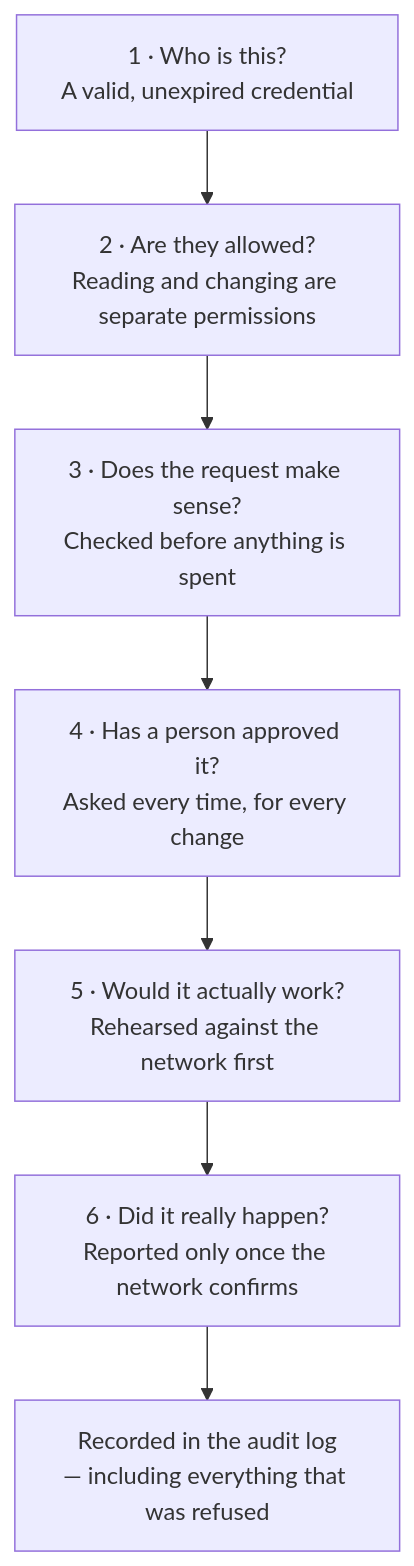
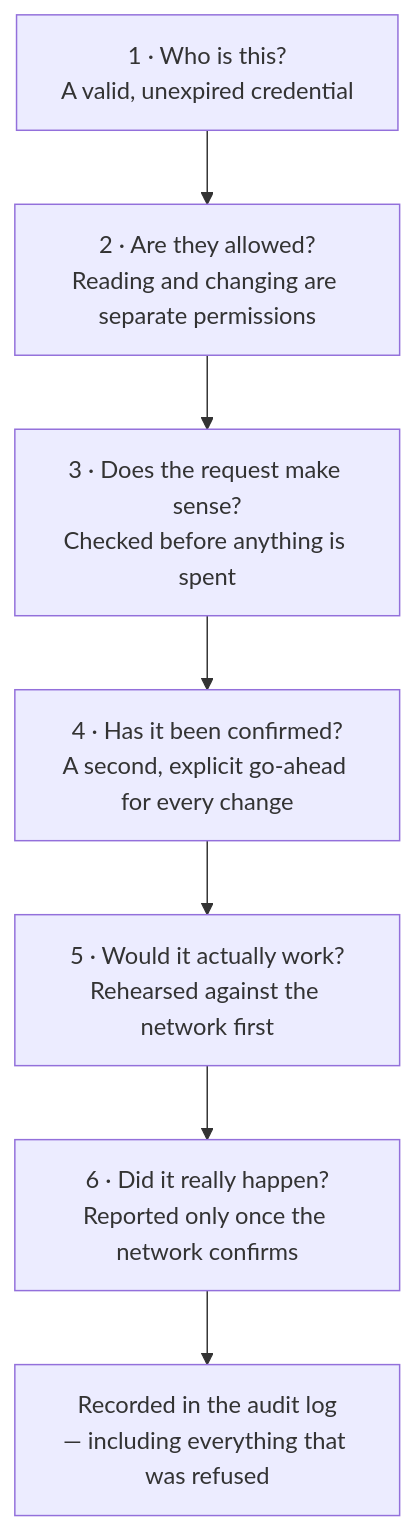
The diagram in docs/FOR-STAKEHOLDERS.md (galshohat/fb-pse-assignment), drawn with Mermaid before and after one commit. The commit also changed other lines of this file and 2 other files, not shown here.

````diff
--- a/docs/FOR-STAKEHOLDERS.md
+++ b/docs/FOR-STAKEHOLDERS.md
@@ -52,10 +59,10 @@
 ```mermaid
 flowchart TB
     A["1 · Who is this?<br/>A valid, unexpired credential"] --> B
     B["2 · Are they allowed?<br/>Reading and changing are separate permissions"] --> C
     C["3 · Does the request make sense?<br/>Checked before anything is spent"] --> D
-    D["4 · Has a person approved it?<br/>Asked every time, for every change"] --> E
+    D["4 · Has it been confirmed?<br/>A second, explicit go-ahead for every change"] --> E
     E["5 · Would it actually work?<br/>Rehearsed against the network first"] --> F
     F["6 · Did it really happen?<br/>Reported only once the network confirms"] --> G
     G["Recorded in the audit log<br/>— including everything that was refused"]
 ```
````
